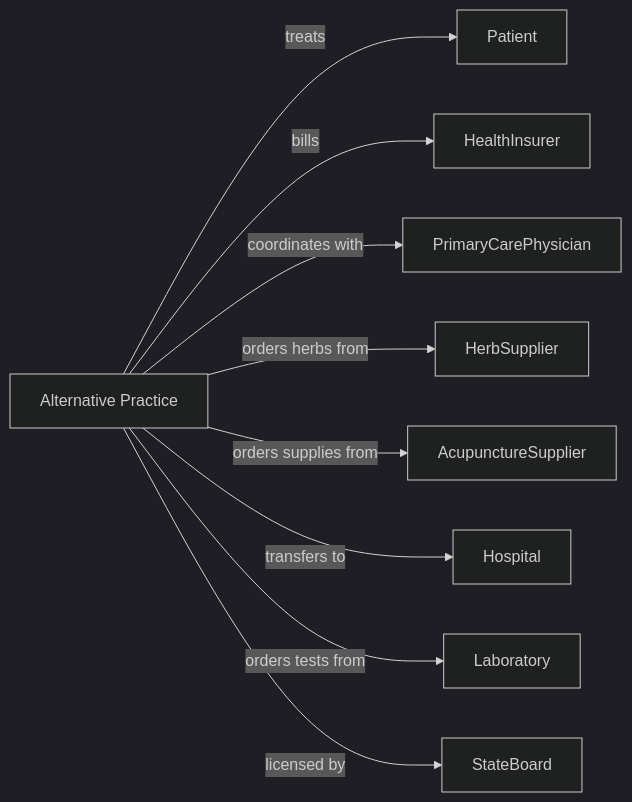
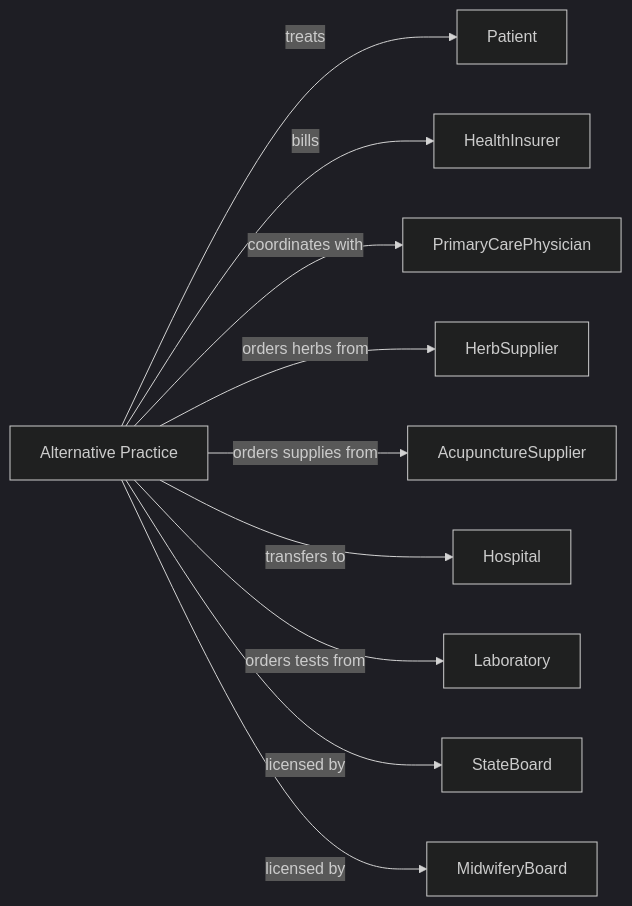
Before and after one commit to dot-org-ai/industries.org.ai: the second of 2 diagrams in HealthCare/AmbulatoryHealthCareServices/OfficesOfOtherHealthPractitioners/OfficesOfAllOtherMiscellaneousHealthPractitioners.mdx, drawn with Mermaid (dark theme). The commit also changed 588 other files, not shown here.

````diff
--- a/HealthCare/AmbulatoryHealthCareServices/OfficesOfOtherHealthPractitioners/OfficesOfAllOtherMiscellaneousHealthPractitioners.mdx
+++ b/HealthCare/AmbulatoryHealthCareServices/OfficesOfOtherHealthPractitioners/OfficesOfAllOtherMiscellaneousHealthPractitioners.mdx
@@ -143,13 +143,14 @@
 ```mermaid
 graph LR
     P[Alternative Practice]
 
     P -->|treats| Patient
     P -->|bills| HealthInsurer
     P -->|coordinates with| PrimaryCarePhysician
     P -->|orders herbs from| HerbSupplier
     P -->|orders supplies from| AcupunctureSupplier
     P -->|transfers to| Hospital
     P -->|orders tests from| Laboratory
     P -->|licensed by| StateBoard
+    P -->|licensed by| MidwiferyBoard
 ```
````
